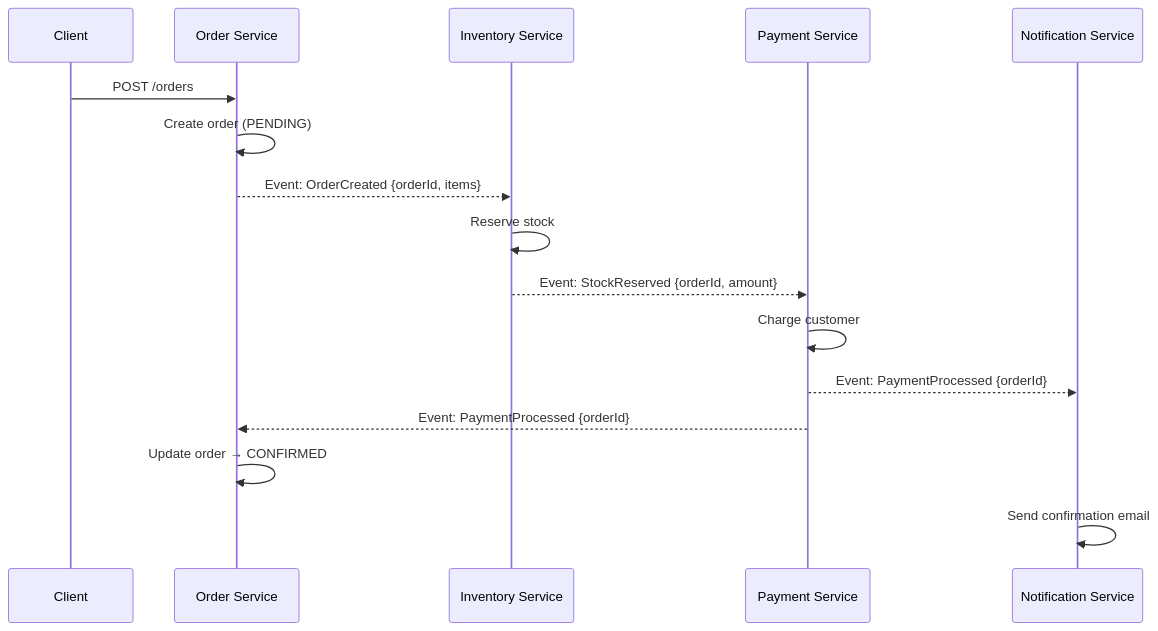
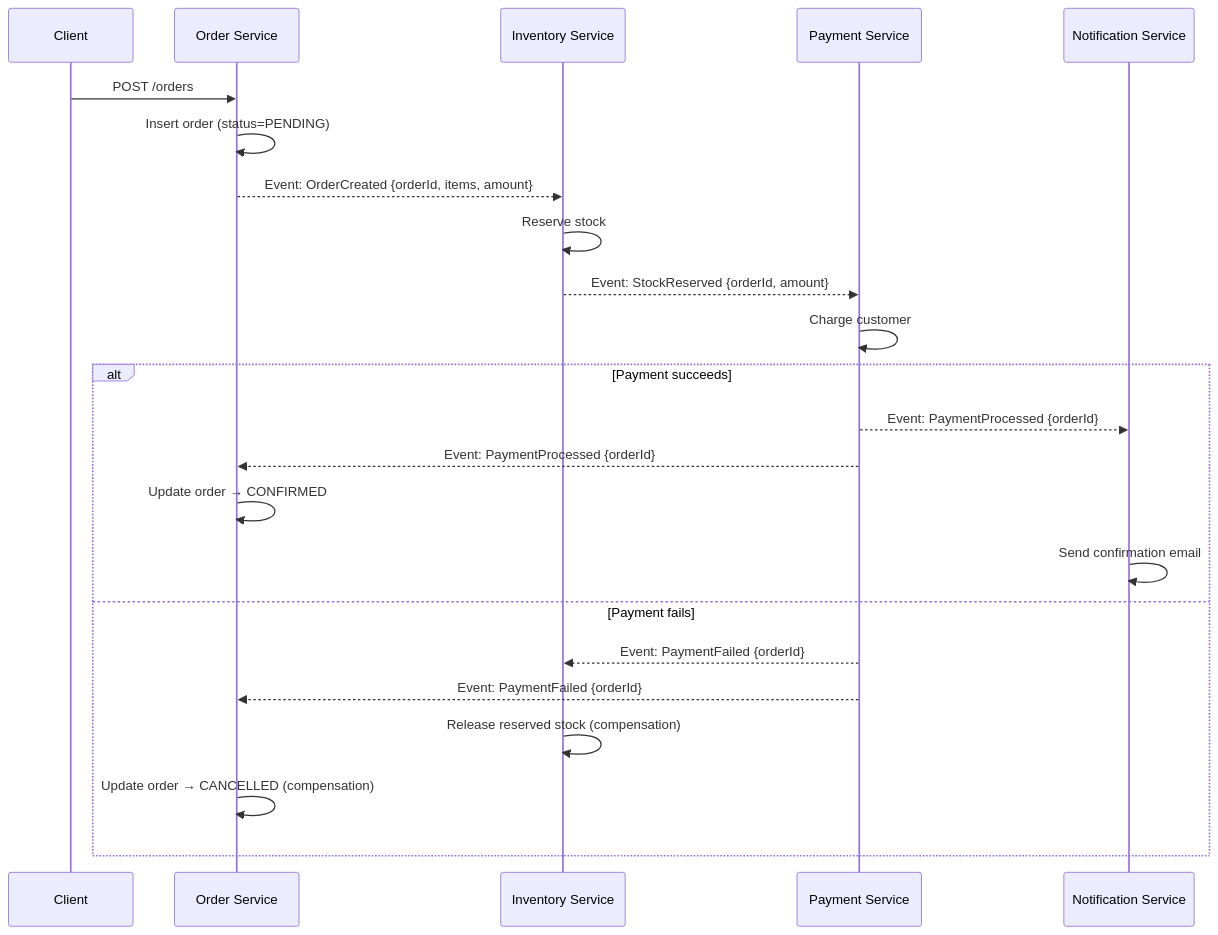
One commit to minhkhuong2404/docusaurus-knowledge-base-template changed the first of 2 diagrams in docs/technical-knowledge/system-design/saga-pattern.md. Above: the diagram before and after it, drawn with Mermaid. The commit also changed other lines of this file and 59 other files, not shown here.

````diff
--- a/docs/technical-knowledge/system-design/saga-pattern.md
+++ b/docs/technical-knowledge/system-design/saga-pattern.md
@@ -104,22 +170,28 @@
 ```mermaid
 sequenceDiagram
     participant Client
     participant OS as Order Service
     participant IS as Inventory Service
     participant PS as Payment Service
     participant NS as Notification Service
 
     Client->>OS: POST /orders
-    OS->>OS: Create order (PENDING)
-    OS-->>IS: Event: OrderCreated {orderId, items}
+    OS->>OS: Insert order (status=PENDING)
+    OS-->>IS: Event: OrderCreated {orderId, items, amount}
 
     IS->>IS: Reserve stock
     IS-->>PS: Event: StockReserved {orderId, amount}
 
     PS->>PS: Charge customer
-    PS-->>NS: Event: PaymentProcessed {orderId}
-    PS-->>OS: Event: PaymentProcessed {orderId}
-
-    OS->>OS: Update order → CONFIRMED
-    NS->>NS: Send confirmation email
+    alt Payment succeeds
+        PS-->>NS: Event: PaymentProcessed {orderId}
+        PS-->>OS: Event: PaymentProcessed {orderId}
+        OS->>OS: Update order → CONFIRMED
+        NS->>NS: Send confirmation email
+    else Payment fails
+        PS-->>IS: Event: PaymentFailed {orderId}
+        PS-->>OS: Event: PaymentFailed {orderId}
+        IS->>IS: Release reserved stock (compensation)
+        OS->>OS: Update order → CANCELLED (compensation)
+    end
 ```
````
